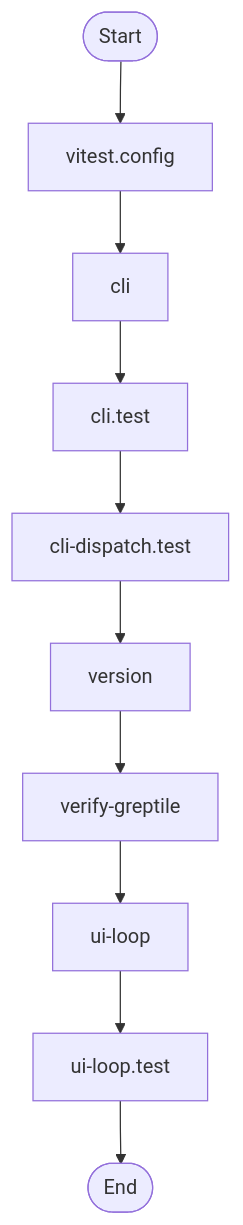
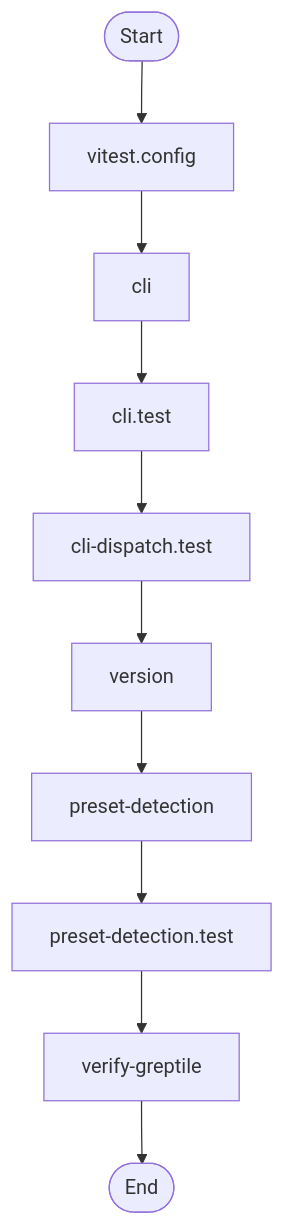
The fourth of 5 diagrams in AI/context/diagram-context.md (jscraik/coding-harness), drawn with Mermaid before and after one commit. The commit also changed other lines of this file and 119 other files, not shown here.

````diff
--- a/AI/context/diagram-context.md
+++ b/AI/context/diagram-context.md
@@ -398,22 +803,23 @@
 ```mermaid
 flowchart TD
   Start(["Start"])
   vitest_config_a9f1245e["vitest.config"]
   Start --> vitest_config_a9f1245e
   cli_99bb8840["cli"]
   vitest_config_a9f1245e --> cli_99bb8840
   cli_test_4851f28b["cli.test"]
   cli_99bb8840 --> cli_test_4851f28b
   cli_dispatch_test_54c9f17b["cli-dispatch.test"]
   cli_test_4851f28b --> cli_dispatch_test_54c9f17b
   version_5ca4f385["version"]
   cli_dispatch_test_54c9f17b --> version_5ca4f385
+  preset_detection_b0f00a17["preset-detection"]
+  version_5ca4f385 --> preset_detection_b0f00a17
+  preset_detection_test_13b58525["preset-detection.test"]
+  preset_detection_b0f00a17 --> preset_detection_test_13b58525
   verify_greptile_227190f7["verify-greptile"]
-  version_5ca4f385 --> verify_greptile_227190f7
-  ui_loop_11660889["ui-loop"]
-  verify_greptile_227190f7 --> ui_loop_11660889
-  ui_loop_test_f0eabc42["ui-loop.test"]
-  ui_loop_11660889 --> ui_loop_test_f0eabc42
+  preset_detection_test_13b58525 --> verify_greptile_227190f7
   End(["End"])
-  ui_loop_test_f0eabc42 --> End
+  verify_greptile_227190f7 --> End
+
 ```
````
